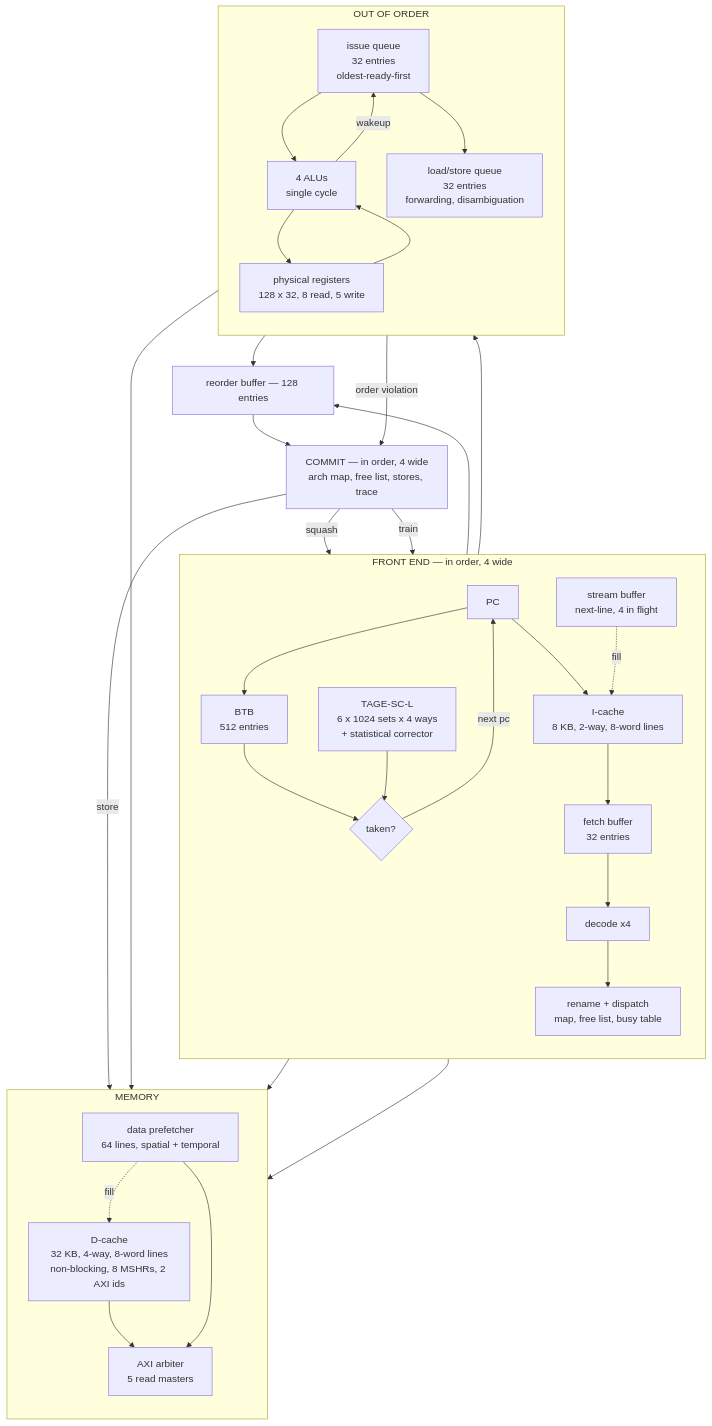
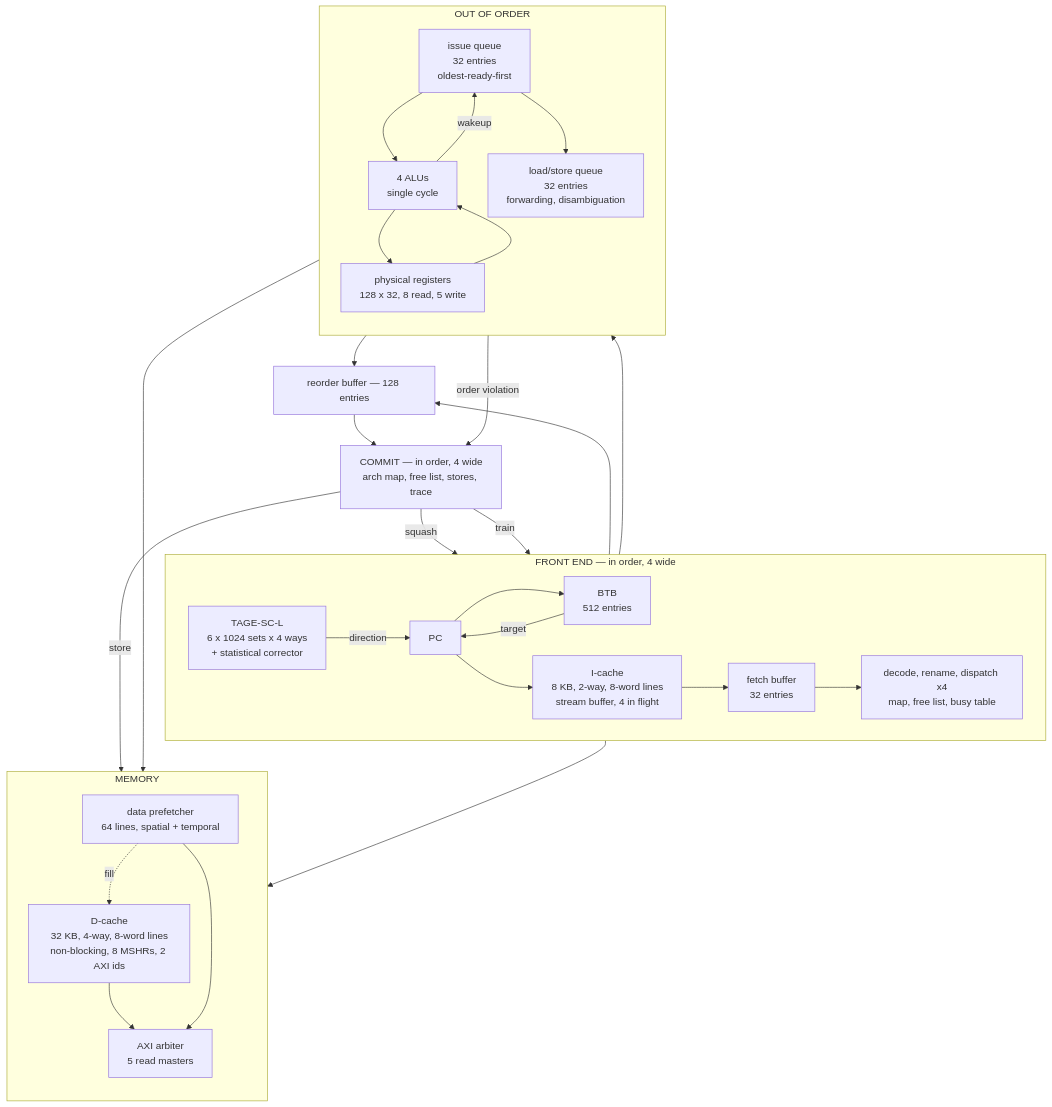
The diagram in README.md (dillwang/Advanced-CPU-Optimization), drawn with Mermaid before and after one commit.

Commit message:
Flatten the front end in the diagram
Six levels deep made that subgraph a tall column. Now four:

- the "taken?" rhombus is gone; the BTB and the predictor each label their own
  edge back to the pc, which says the same thing without a rank of its own
- decode, rename and dispatch are one box, since they are one in-order group
  four instructions wide and the diagram was not saying anything by splitting
  them
- the stream buffer is a line inside the I-cache box rather than a node beside
  it, which is closer to how it behaves anyway -- it fills the cache and is
  never addressed by the rest of the machine

Also `direction LR` on that subgraph so the chain runs across rather than down.
Mermaid ignores it when a subgraph has external edges, and this one has four, so
it may do nothing -- the level count is the part that is load-bearing.

````diff
--- a/README.md
+++ b/README.md
@@ -50,61 +50,55 @@
 ```mermaid
 flowchart TD
     subgraph FE["FRONT END — in order, 4 wide"]
-        direction TB
+        direction LR
         PC["PC"]
         BTB["BTB<br>512 entries"]
         TAGE["TAGE-SC-L<br>6 x 1024 sets x 4 ways<br>+ statistical corrector"]
-        IC["I-cache<br>8 KB, 2-way, 8-word lines"]
-        SB["stream buffer<br>next-line, 4 in flight"]
+        IC["I-cache<br>8 KB, 2-way, 8-word lines<br>stream buffer, 4 in flight"]
         FB["fetch buffer<br>32 entries"]
-        DEC["decode x4"]
-        RN["rename + dispatch<br>map, free list, busy table"]
+        RN["decode, rename, dispatch x4<br>map, free list, busy table"]
         PC --> BTB
         PC --> IC
-        BTB --> NPC{"taken?"}
-        TAGE --> NPC
-        NPC -- next pc --> PC
-        SB -. fill .-> IC
+        BTB -- target --> PC
+        TAGE -- direction --> PC
         IC --> FB
-        FB --> DEC
-        DEC --> RN
+        FB --> RN
     end
 
     subgraph OOO["OUT OF ORDER"]
         direction TB
         IQ["issue queue<br>32 entries<br>oldest-ready-first"]
         ALU["4 ALUs<br>single cycle"]
         PRF["physical registers<br>128 x 32, 8 read, 5 write"]
         LSQ["load/store queue<br>32 entries<br>forwarding, disambiguation"]
         IQ --> ALU
         IQ --> LSQ
         PRF --> ALU
         ALU --> PRF
         ALU -- wakeup --> IQ
     end
 
     subgraph MEM["MEMORY"]
         direction TB
         DC["D-cache<br>32 KB, 4-way, 8-word lines<br>non-blocking, 8 MSHRs, 2 AXI ids"]
         PFE["data prefetcher<br>64 lines, spatial + temporal"]
         ARB["AXI arbiter<br>5 read masters"]
         PFE -. fill .-> DC
         DC --> ARB
         PFE --> ARB
     end
 
     ROB["reorder buffer — 128 entries"]
     CM["COMMIT — in order, 4 wide<br>arch map, free list, stores, trace"]
 
     RN --> IQ
     RN --> ROB
     LSQ --> DC
     IC --> ARB
-    SB --> ARB
     ALU --> ROB
     ROB --> CM
     CM -- store --> DC
     CM -- squash --> PC
     LSQ -- order violation --> CM
     CM -- train --> TAGE
 ```
````
